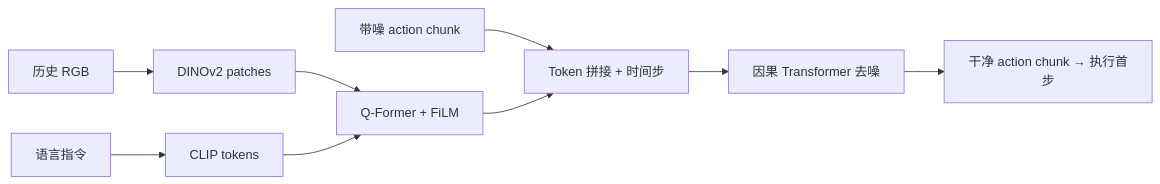
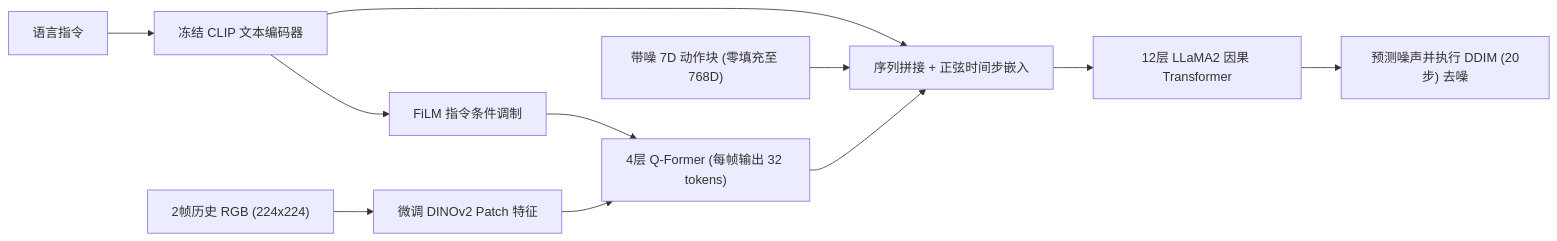
Before and after one commit to ImChong/Robotics_Notebooks: the first of 2 diagrams in wiki/entities/paper-dita-scaling-diffusion-transformer-vla.md, drawn with Mermaid. The commit also changed other lines of this file and 51 other files, not shown here.

````diff
--- a/wiki/entities/paper-dita-scaling-diffusion-transformer-vla.md
+++ b/wiki/entities/paper-dita-scaling-diffusion-transformer-vla.md
@@ -85,11 +94,13 @@
 ```mermaid
 flowchart LR
-  lang[语言指令] --> clip[CLIP tokens]
-  rgb[历史 RGB] --> dino[DINOv2 patches]
-  dino --> qf[Q-Former + FiLM]
-  clip --> qf
-  noise[带噪 action chunk] --> concat[Token 拼接 + 时间步]
+  lang["语言指令"] --> clip["冻结 CLIP 文本编码器"]
+  imgs["2帧历史 RGB (224x224)"] --> dino["微调 DINOv2 Patch 特征"]
+  dino --> qf["4层 Q-Former (每帧输出 32 tokens)"]
+  clip --> film["FiLM 指令条件调制"]
+  film --> qf
+  act["带噪 7D 动作块 (零填充至 768D)"] --> concat["序列拼接 + 正弦时间步嵌入"]
+  clip --> concat
   qf --> concat
-  concat --> dit[因果 Transformer 去噪]
-  dit --> act[干净 action chunk → 执行首步]
+  concat --> llama["12层 LLaMA2 因果 Transformer"]
+  llama --> noise["预测噪声并执行 DDIM (20步) 去噪"]
 ```
````
